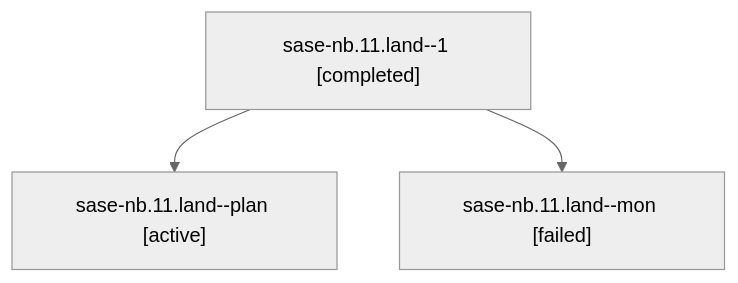
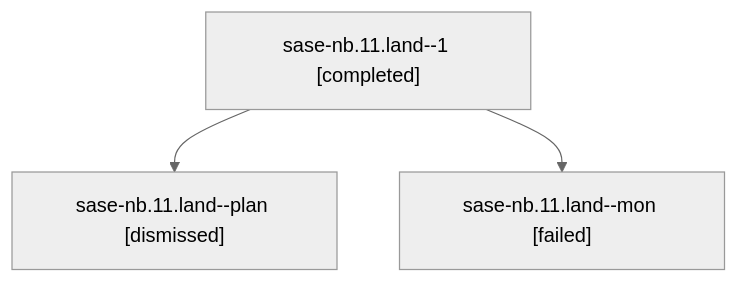
One commit to sase-org/sase--agents changed the diagram in sessions/bbugyi200.athena.sase-nb.11.land.md. Above: the diagram before and after it, drawn with Mermaid (neutral theme). The commit also changed other lines of this file and 219 other files, not shown here.

````diff
--- a/sessions/bbugyi200.athena.sase-nb.11.land.md
+++ b/sessions/bbugyi200.athena.sase-nb.11.land.md
@@ -9,8 +9,8 @@
 ```mermaid
 flowchart TD
   n0["sase-nb.11.land--1 [completed]"]
-  n1["sase-nb.11.land--plan [active]"]
+  n1["sase-nb.11.land--plan [dismissed]"]
   n0 --> n1
   n2["sase-nb.11.land--mon [failed]"]
   n0 --> n2
 ```
````
